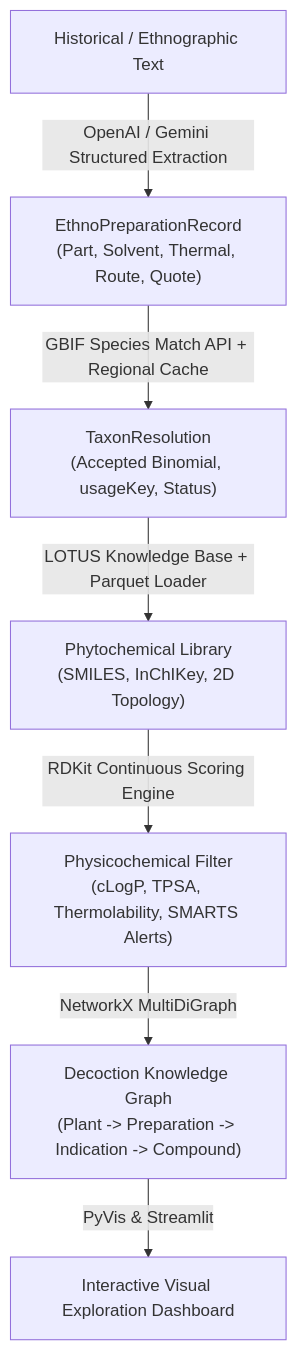
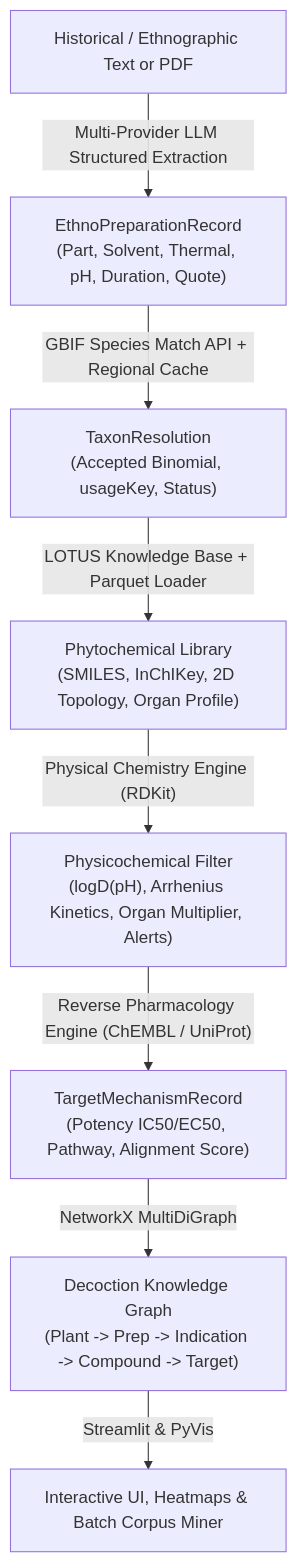
The diagram in README.md (meloshaj/gentiana-labs-track1), drawn with Mermaid before and after one commit. The commit also changed other lines of this file and 9 other files, not shown here.

Commit message:
fix(scientific-audit): ground-truth landmark citations, RDKit InChIKey derivation, multi-provider LLM routing, and compliance attributions

````diff
--- a/README.md
+++ b/README.md
@@ -18,9 +18,10 @@
 ```mermaid
 graph TD
-    A["Historical / Ethnographic Text"] -->|"OpenAI / Gemini Structured Extraction"| B["EthnoPreparationRecord<br/>(Part, Solvent, Thermal, Route, Quote)"]
+    A["Historical / Ethnographic Text or PDF"] -->|"Multi-Provider LLM Structured Extraction"| B["EthnoPreparationRecord<br/>(Part, Solvent, Thermal, pH, Duration, Quote)"]
     B -->|"GBIF Species Match API + Regional Cache"| C["TaxonResolution<br/>(Accepted Binomial, usageKey, Status)"]
-    C -->|"LOTUS Knowledge Base + Parquet Loader"| D["Phytochemical Library<br/>(SMILES, InChIKey, 2D Topology)"]
-    D -->|"RDKit Continuous Scoring Engine"| E["Physicochemical Filter<br/>(cLogP, TPSA, Thermolability, SMARTS Alerts)"]
-    E -->|"NetworkX MultiDiGraph"| F["Decoction Knowledge Graph<br/>(Plant -> Preparation -> Indication -> Compound)"]
-    F -->|"PyVis & Streamlit"| G["Interactive Visual Exploration Dashboard"]
+    C -->|"LOTUS Knowledge Base + Parquet Loader"| D["Phytochemical Library<br/>(SMILES, InChIKey, 2D Topology, Organ Profile)"]
+    D -->|"Physical Chemistry Engine (RDKit)"| E["Physicochemical Filter<br/>(logD(pH), Arrhenius Kinetics, Organ Multiplier, Alerts)"]
+    E -->|"Reverse Pharmacology Engine (ChEMBL / UniProt)"| F["TargetMechanismRecord<br/>(Potency IC50/EC50, Pathway, Alignment Score)"]
+    F -->|"NetworkX MultiDiGraph"| G["Decoction Knowledge Graph<br/>(Plant -> Prep -> Indication -> Compound -> Target)"]
+    G -->|"Streamlit & PyVis"| H["Interactive UI, Heatmaps & Batch Corpus Miner"]
 ```
````
